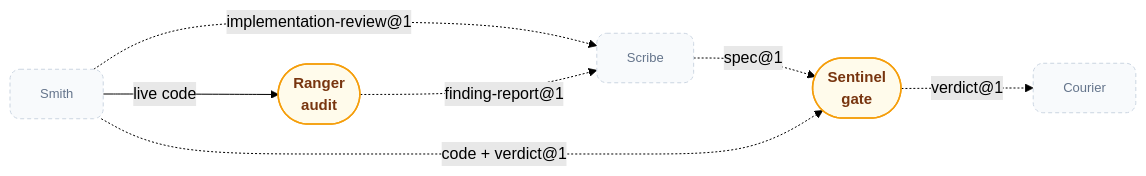
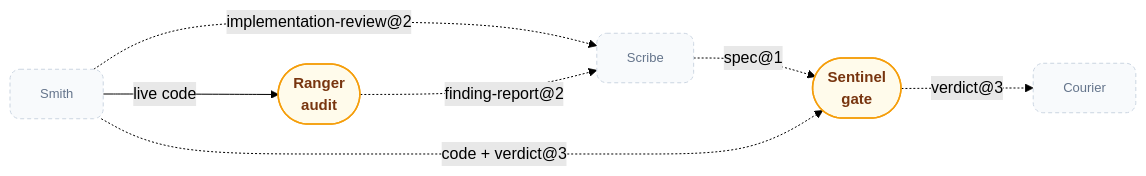
Before and after one commit to orin-dx/agent-plugins: the third of 7 diagrams in ARCHITECTURE.md, drawn with Mermaid (forest theme). The commit also changed other lines of this file and 168 other files, not shown here.

````diff
--- a/ARCHITECTURE.md
+++ b/ARCHITECTURE.md
@@ -89,23 +89,23 @@
 ```mermaid
 %%{init: {'flowchart': {'curve': 'basis', 'nodeSpacing': 40, 'rankSpacing': 60}}}%%
 flowchart LR
     classDef anchor fill:#f8fafc,stroke:#cbd5e1,stroke-width:1px,color:#64748b,rx:10,ry:10,font-size:13px,stroke-dasharray:4 3;
     classDef verify fill:#fffbeb,stroke:#f59e0b,stroke-width:1.5px,color:#78350f,rx:10,ry:10,font-size:15px,font-weight:600;
 
     sc2[Scribe]:::anchor
     sm2[Smith]:::anchor
     co2[Courier]:::anchor
 
     se([Sentinel\ngate])
     ra([Ranger\naudit])
 
     sc2 -.->|"spec@1"| se
-    sm2 -.->|"code + verdict@1"| se
-    sm2 -.->|"implementation-review@1"| sc2
-    se -.->|"verdict@1"| co2
+    sm2 -.->|"code + verdict@3"| se
+    sm2 -.->|"implementation-review@2"| sc2
+    se -.->|"verdict@3"| co2
 
     sm2 -->|"live code"| ra
-    ra -.->|"finding-report@1"| sc2
+    ra -.->|"finding-report@2"| sc2
 
     class se,ra verify
 ```
````
